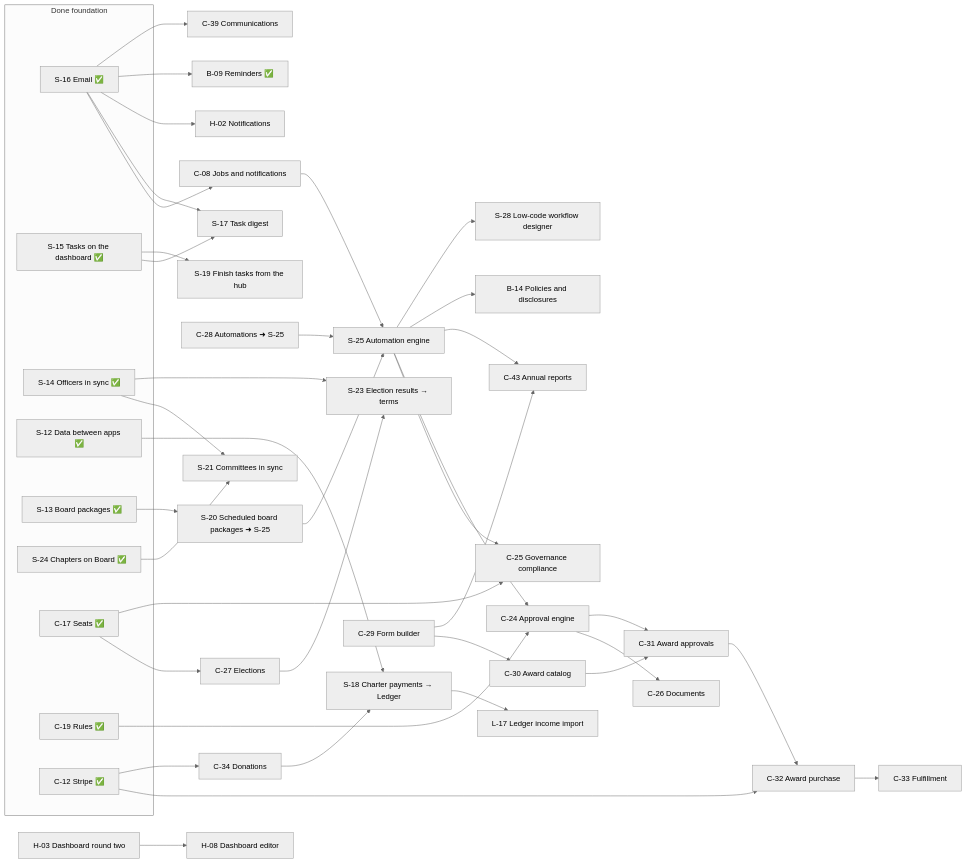
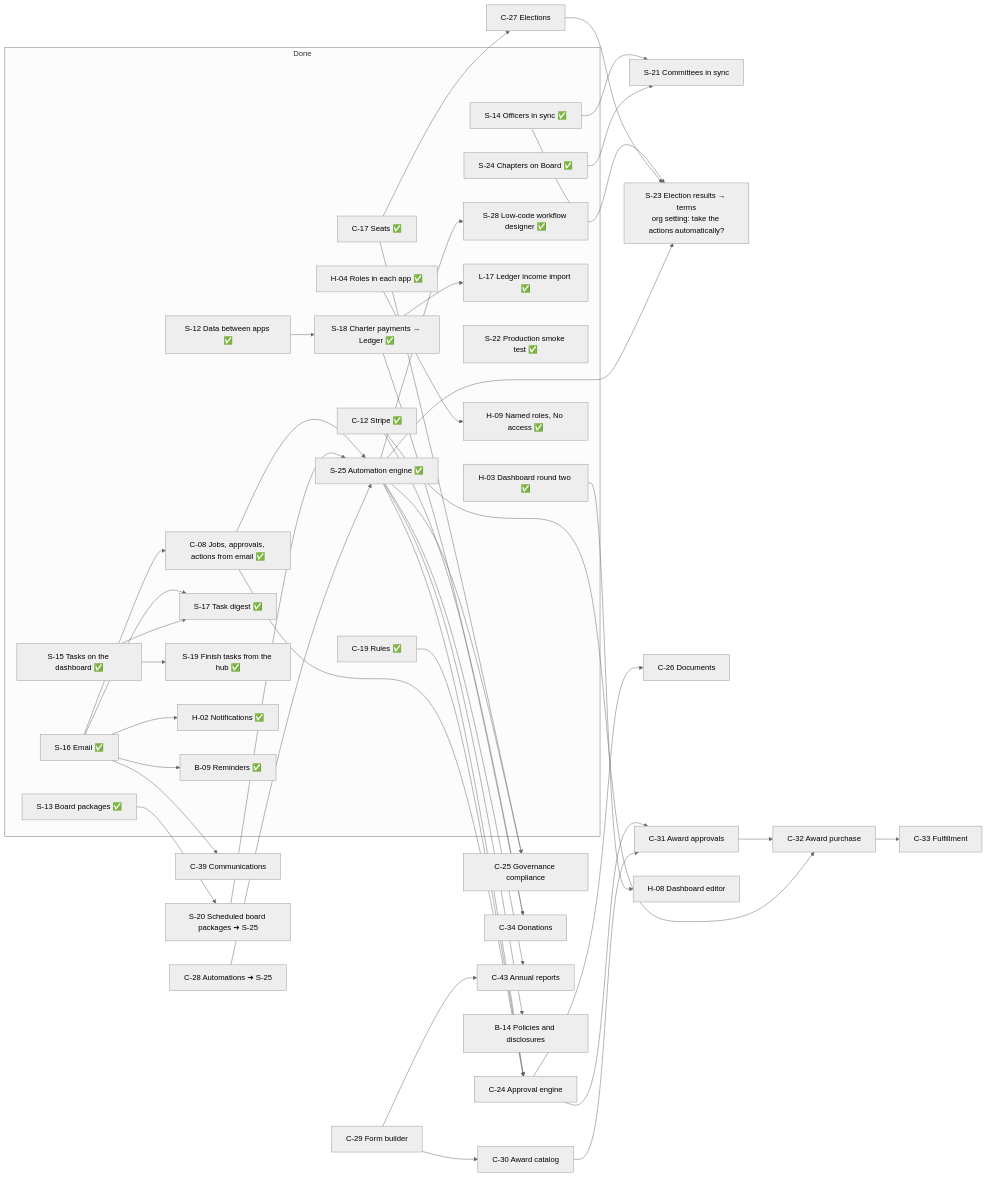
The diagram in docs/ROADMAP.md (Nox-Mob/OpenAppHub), drawn with Mermaid (neutral theme) before and after one commit. The commit also changed other lines of this file and 8 other files, not shown here.

Commit message:
docs: S-18 done, roadmap dependency map, review notes, database map

````diff
--- a/docs/ROADMAP.md
+++ b/docs/ROADMAP.md
@@ -62,71 +61,78 @@
 ```mermaid
 flowchart LR
-    subgraph Foundation["Done foundation"]
+    subgraph Foundation["Done"]
         S16[S-16 Email ✅]
         S15[S-15 Tasks on the dashboard ✅]
         S14[S-14 Officers in sync ✅]
         S12[S-12 Data between apps ✅]
         S13[S-13 Board packages ✅]
         S24[S-24 Chapters on Board ✅]
         C17[C-17 Seats ✅]
         C19[C-19 Rules ✅]
         C12[C-12 Stripe ✅]
+        C08[C-08 Jobs, approvals, actions from email ✅]
+        S25[S-25 Automation engine ✅]
+        S28[S-28 Low-code workflow designer ✅]
+        S17[S-17 Task digest ✅]
+        S19[S-19 Finish tasks from the hub ✅]
+        S18[S-18 Charter payments → Ledger ✅]
+        L17[L-17 Ledger income import ✅]
+        S22[S-22 Production smoke test ✅]
+        H02[H-02 Notifications ✅]
+        H03[H-03 Dashboard round two ✅]
+        H04[H-04 Roles in each app ✅]
+        H09[H-09 Named roles, No access ✅]
+        B09[B-09 Reminders ✅]
     end
-    S25[S-25 Automation engine]
-    S28[S-28 Low-code workflow designer]
-    C08[C-08 Jobs and notifications]
-    S17[S-17 Task digest]
-    S19[S-19 Finish tasks from the hub]
-    S18[S-18 Charter payments → Ledger]
-    L17[L-17 Ledger income import]
     S20[S-20 Scheduled board packages ➜ S-25]
     S21[S-21 Committees in sync]
-    S23[S-23 Election results → terms]
+    S23[S-23 Election results → terms<br/>org setting: take the actions automatically?]
     C24[C-24 Approval engine]
     C25[C-25 Governance compliance]
     C26[C-26 Documents]
     C27[C-27 Elections]
     C28[C-28 Automations ➜ S-25]
     C29[C-29 Form builder]
     C30[C-30 Award catalog]
     C31[C-31 Award approvals]
     C32[C-32 Award purchase]
     C33[C-33 Fulfillment]
     C34[C-34 Donations]
     C39[C-39 Communications]
     C43[C-43 Annual reports]
-    H02[H-02 Notifications]
-    H03[H-03 Dashboard round two]
     H08[H-08 Dashboard editor]
-    B09[B-09 Reminders ✅]
     B14[B-14 Policies and disclosures]
 
     S16 --> C08 --> S25
     S16 --> S17
     S15 --> S17
     S15 --> S19
     S16 --> H02
     S16 --> B09
     S16 --> C39
     S12 --> S18 --> L17
     S13 --> S20 --> S25
     S14 --> S21
     S14 --> S23
     C17 --> C27 --> S23
+    S25 --> S23
     C17 --> C25
     S25 --> C25
     S25 --> C24
     C19 --> C24
+    C08 --> C24
     C24 --> C26
     C24 --> C31
     C29 --> C30 --> C31 --> C32 --> C33
     C12 --> C32
     C29 --> C43
     S25 --> C43
-    C12 --> C34 --> S18
+    C12 --> C34
+    S18 --> C34
     C28 --> S25
     S25 --> B14
     S25 --> S28
+    H04 --> H09
     H03 --> H08
     S24 --> S21
 ```
````
